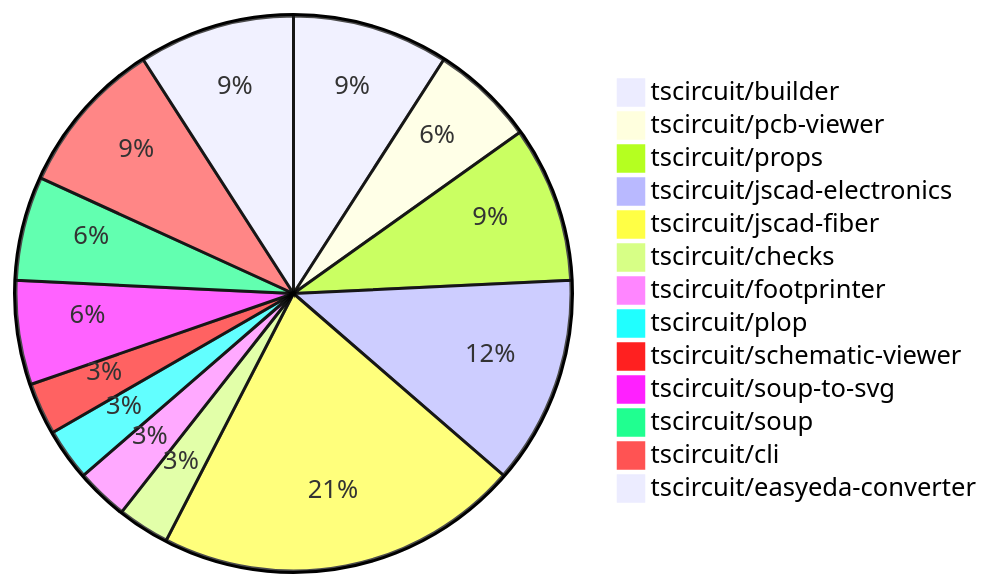
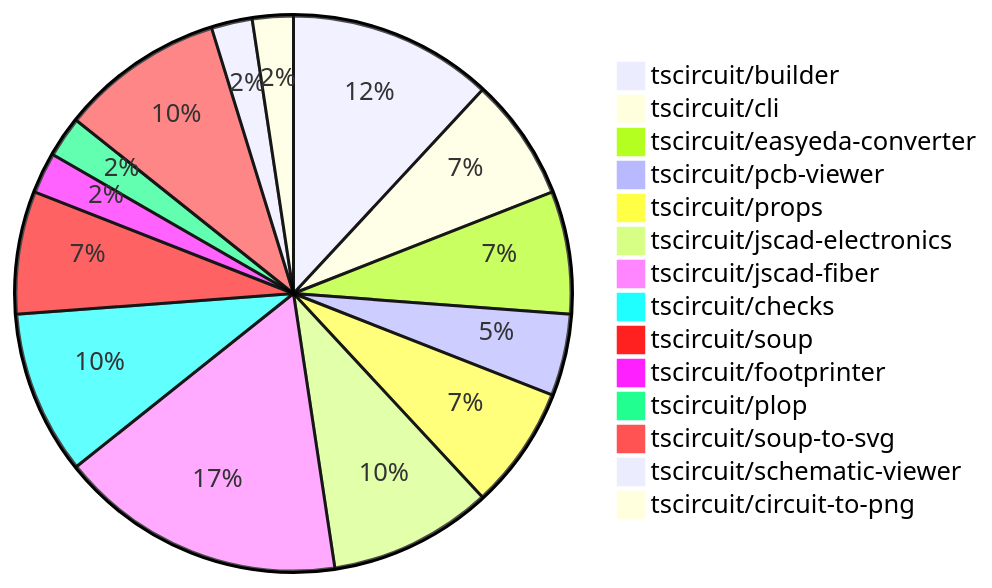
One commit to tscircuit/contribution-tracker changed the diagram in README.md. Above: the diagram before and after it, drawn with Mermaid. The commit also changed other lines of this file and 1 other file, not shown here.

````diff
--- a/README.md
+++ b/README.md
@@ -24,16 +24,17 @@
 ```mermaid
 pie
-    "tscircuit/builder" : 3
+    "tscircuit/builder" : 5
+    "tscircuit/cli" : 3
+    "tscircuit/easyeda-converter" : 3
     "tscircuit/pcb-viewer" : 2
     "tscircuit/props" : 3
     "tscircuit/jscad-electronics" : 4
     "tscircuit/jscad-fiber" : 7
-    "tscircuit/checks" : 1
+    "tscircuit/checks" : 4
+    "tscircuit/soup" : 3
     "tscircuit/footprinter" : 1
     "tscircuit/plop" : 1
+    "tscircuit/soup-to-svg" : 4
     "tscircuit/schematic-viewer" : 1
-    "tscircuit/soup-to-svg" : 2
-    "tscircuit/soup" : 2
-    "tscircuit/cli" : 3
-    "tscircuit/easyeda-converter" : 3
+    "tscircuit/circuit-to-png" : 1
 ```
````
